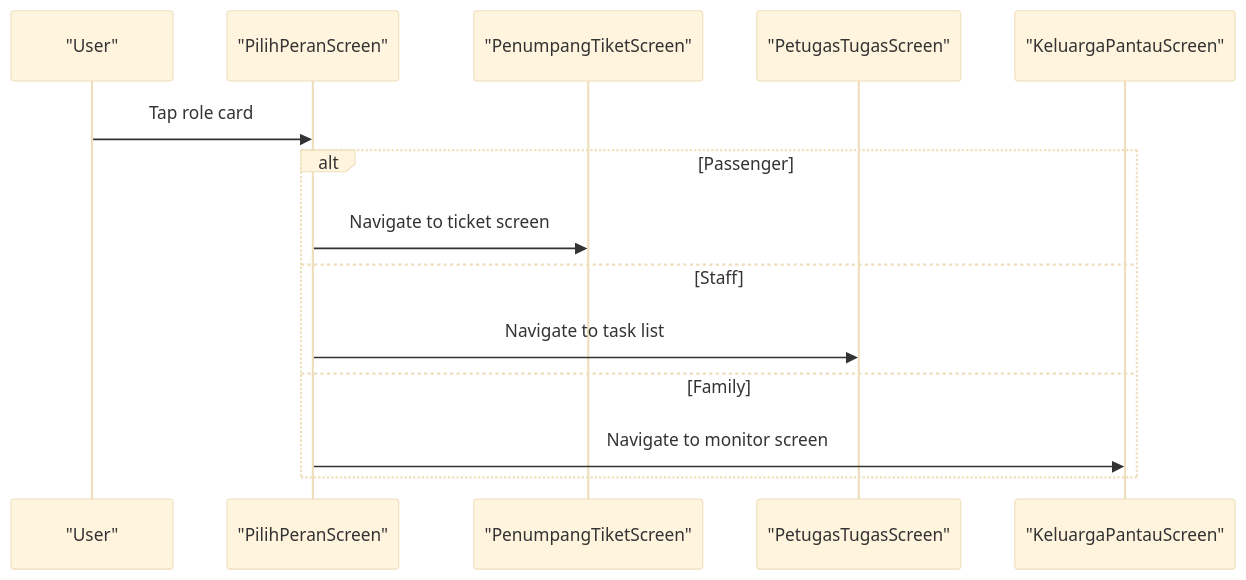
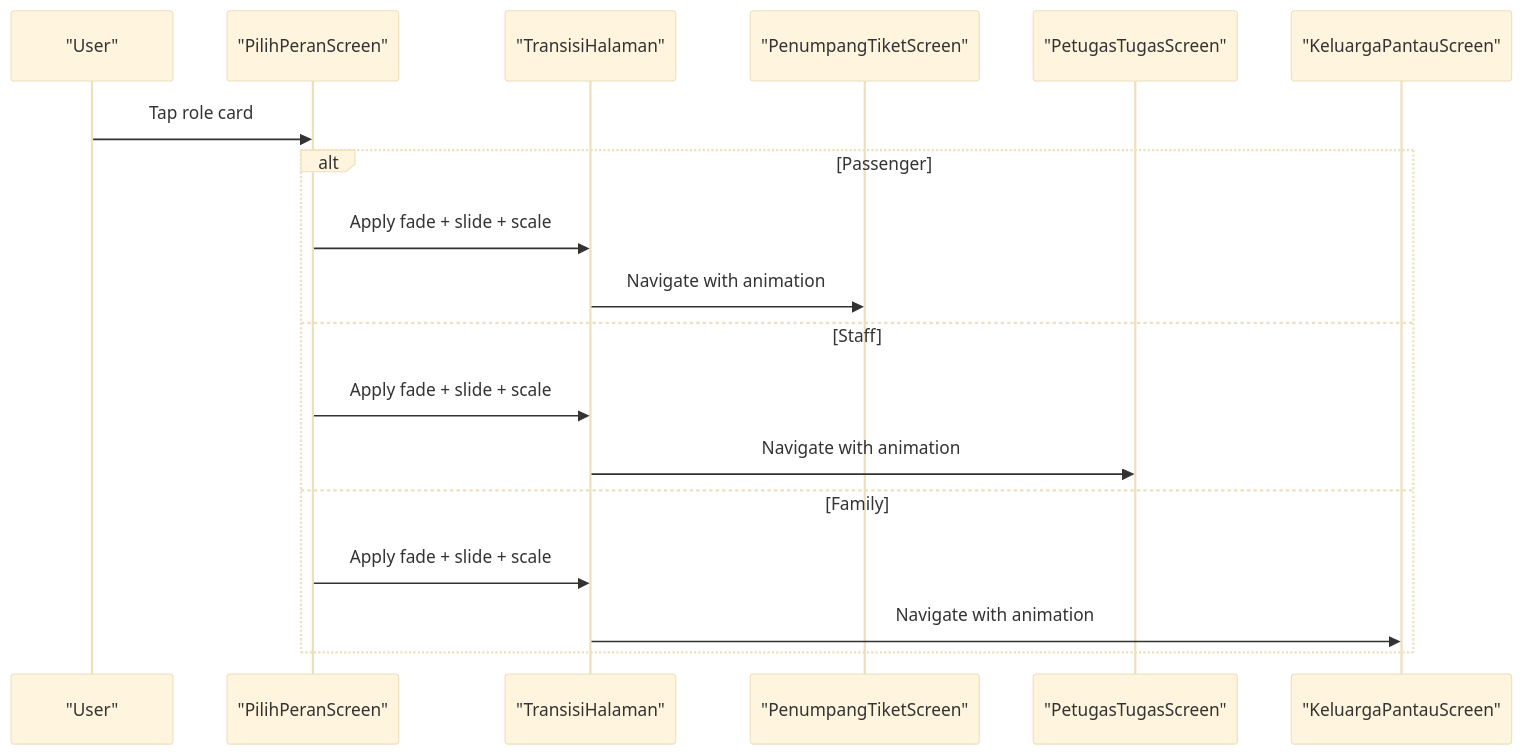
The sixth of 9 diagrams in .qoder/repowiki/en/content/Mobile Application/Mobile Application.md (rdsarjito/whoosh-ramah), drawn with Mermaid (base theme) before and after one commit. The commit also changed other lines of this file and 68 other files, not shown here.

````diff
--- a/.qoder/repowiki/en/content/Mobile Application/Mobile Application.md
+++ b/.qoder/repowiki/en/content/Mobile Application/Mobile Application.md
@@ -278,16 +364,20 @@
 ```mermaid
 sequenceDiagram
 participant User as "User"
 participant RoleSel as "PilihPeranScreen"
+participant Transitions as "TransisiHalaman"
 participant Passenger as "PenumpangTiketScreen"
 participant Staff as "PetugasTugasScreen"
 participant Family as "KeluargaPantauScreen"
 User->>RoleSel : Tap role card
 alt Passenger
-RoleSel->>Passenger : Navigate to ticket screen
+RoleSel->>Transitions : Apply fade + slide + scale
+Transitions->>Passenger : Navigate with animation
 else Staff
-RoleSel->>Staff : Navigate to task list
+RoleSel->>Transitions : Apply fade + slide + scale
+Transitions->>Staff : Navigate with animation
 else Family
-RoleSel->>Family : Navigate to monitor screen
+RoleSel->>Transitions : Apply fade + slide + scale
+Transitions->>Family : Navigate with animation
 end
 ```
````
